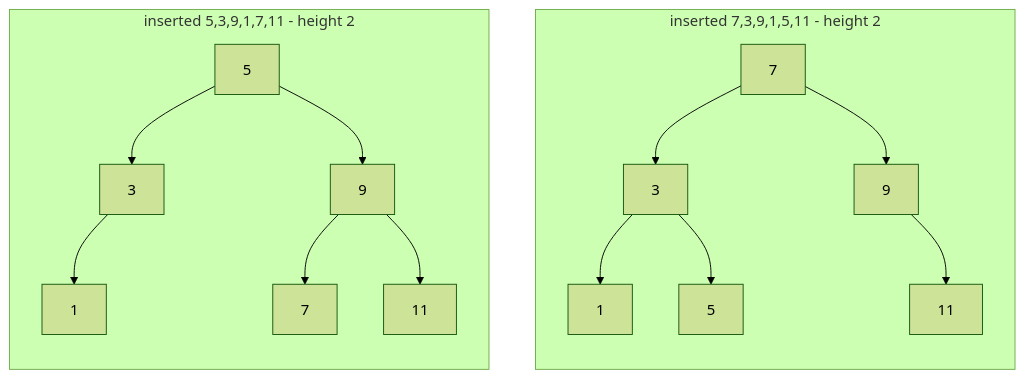
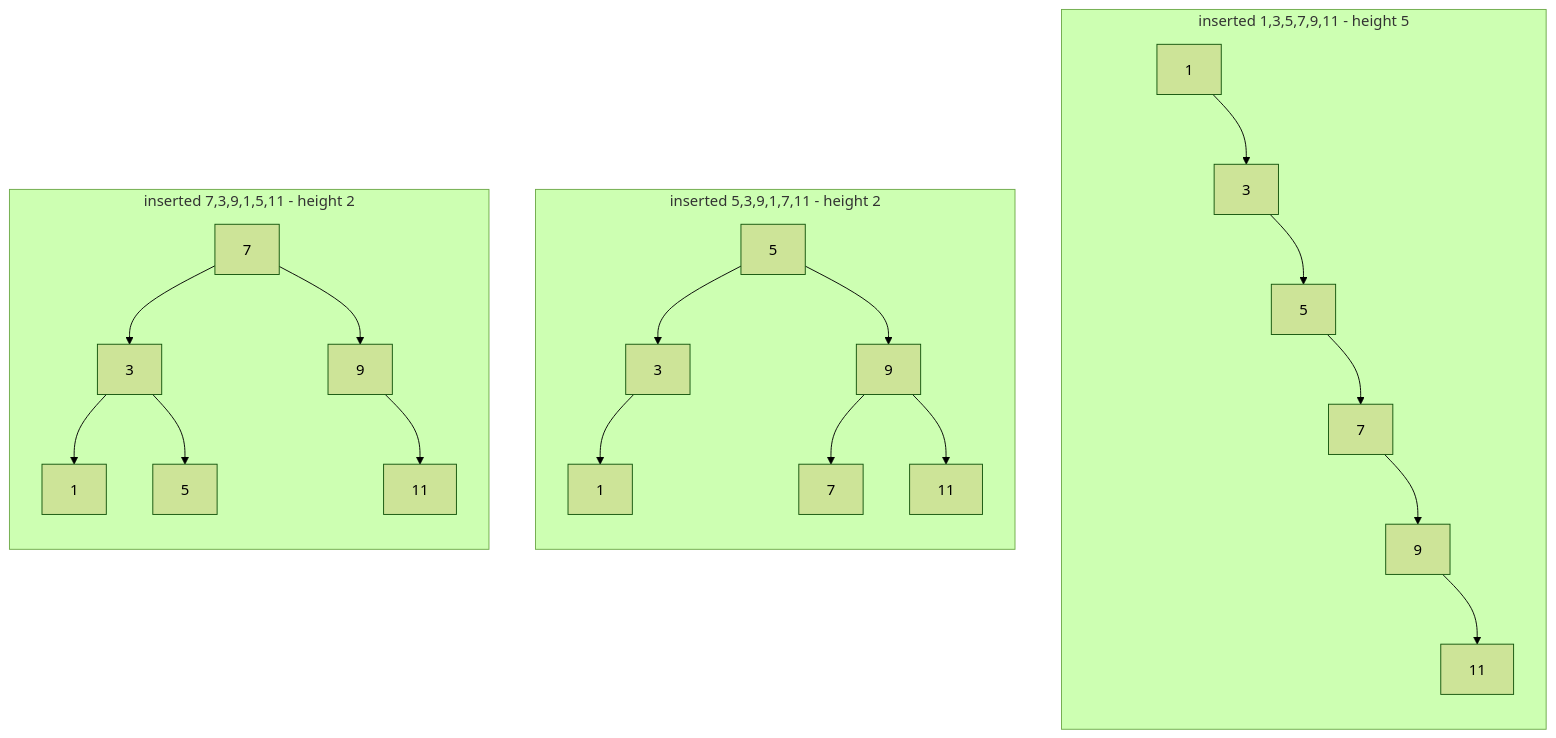
One commit to saumilthecode/h2-curly-pancakes changed the fifth of 7 diagrams in notes/LT11b Binary Tree.md. Above: the diagram before and after it, drawn with Mermaid (forest theme). The commit also changed other lines of this file and 15 other files, not shown here.

````diff
--- a/notes/LT11b Binary Tree.md
+++ b/notes/LT11b Binary Tree.md
@@ -341,22 +345,35 @@
 ```mermaid
 flowchart TD
-  subgraph b1["inserted 7,3,9,1,5,11 - height 2"]
+  subgraph b3["inserted 1,3,5,7,9,11 - height 5"]
     direction TD
-    x7[7] --> x3[3]
-    x7 --> x9[9]
-    x3 --> x1[1]
-    x3 --> x5[5]
-    x9 ~~~ p1:::hid
-    x9 --> x11[11]
+    z1[1] ~~~ s1:::hid
+    z1 --> z3[3]
+    z3 ~~~ s2:::hid
+    z3 --> z5[5]
+    z5 ~~~ s3:::hid
+    z5 --> z7[7]
+    z7 ~~~ s4:::hid
+    z7 --> z9[9]
+    z9 ~~~ s5:::hid
+    z9 --> z11[11]
   end
   subgraph b2["inserted 5,3,9,1,7,11 - height 2"]
     direction TD
     y5[5] --> y3[3]
     y5 --> y9[9]
     y3 --> y1[1]
     y3 ~~~ p2:::hid
     y9 --> y7[7]
     y9 --> y11[11]
   end
+  subgraph b1["inserted 7,3,9,1,5,11 - height 2"]
+    direction TD
+    x7[7] --> x3[3]
+    x7 --> x9[9]
+    x3 --> x1[1]
+    x3 --> x5[5]
+    x9 ~~~ p1:::hid
+    x9 --> x11[11]
+  end
   classDef hid fill:none,stroke:none,color:transparent
 ```
````
